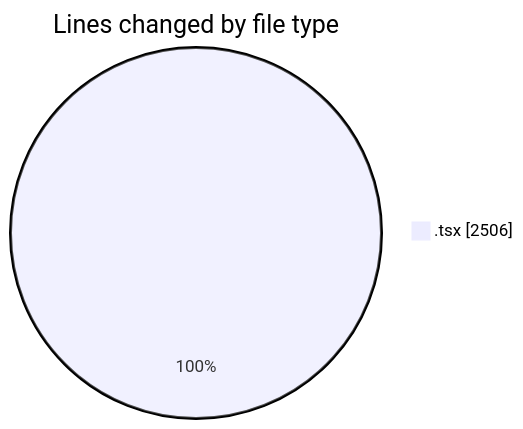
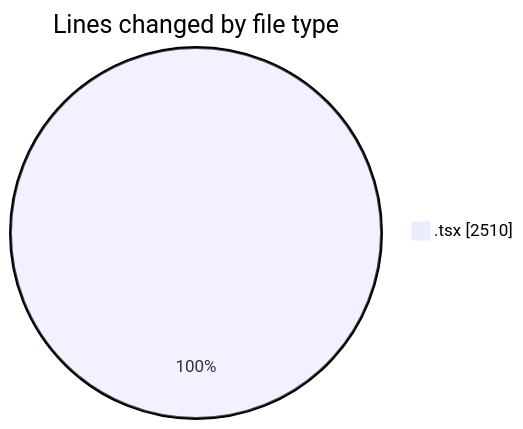
One commit to momahboobian/code-tracking changed the first of 2 diagrams in 2025-09-23/cda/README.md. Above: the diagram before and after it, drawn with Mermaid. The commit also changed other lines of this file and 1 other file, not shown here.

````diff
--- a/2025-09-23/cda/README.md
+++ b/2025-09-23/cda/README.md
@@ -22,5 +22,5 @@
 ```mermaid
 pie showData
 title Lines changed by file type
-".tsx" : 2506
+".tsx" : 2510
 ```
````
